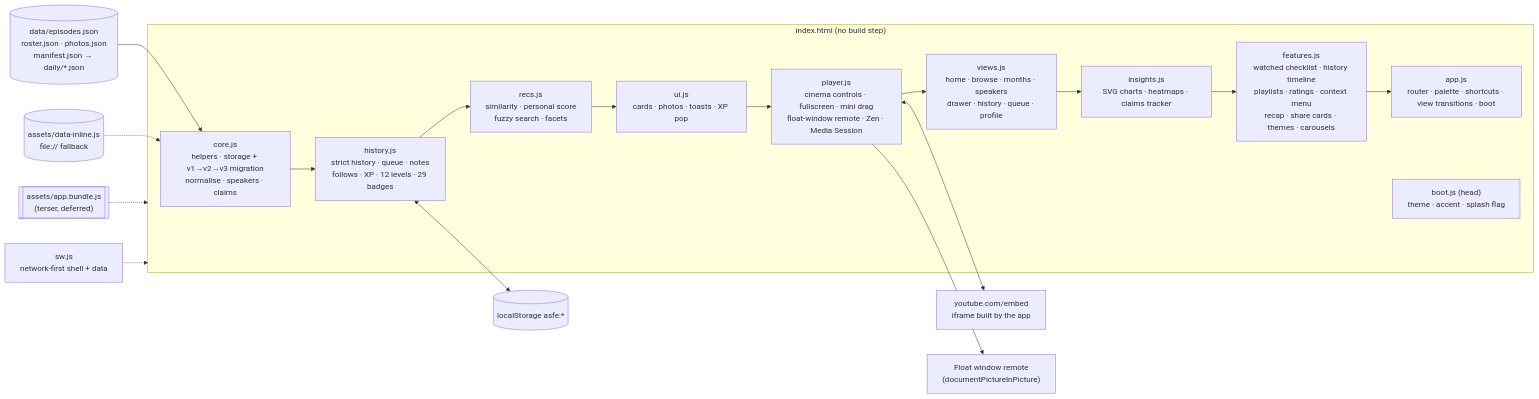
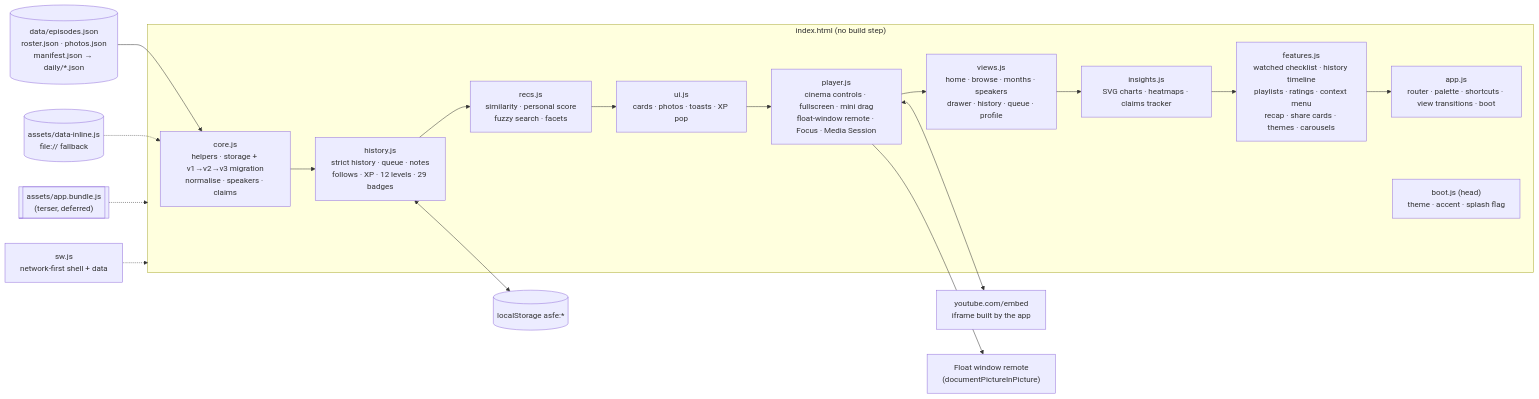
The sixth of 8 diagrams in ai-safety-full-episodes/README.md (lo3elyon/ASI), drawn with Mermaid before and after one commit. The commit also changed other lines of this file, not shown here.

````diff
--- a/ai-safety-full-episodes/README.md
+++ b/ai-safety-full-episodes/README.md
@@ -272,23 +302,23 @@
 ```mermaid
 flowchart LR
   subgraph Page["index.html (no build step)"]
     CORE["core.js<br/>helpers · storage + v1→v2→v3 migration<br/>normalise · speakers · claims"]
     HIST["history.js<br/>strict history · queue · notes<br/>follows · XP · 12 levels · 29 badges"]
     RECS["recs.js<br/>similarity · personal score<br/>fuzzy search · facets"]
     UI["ui.js<br/>cards · photos · toasts · XP pop"]
-    PLAYER["player.js<br/>cinema controls · fullscreen · mini drag<br/>float-window remote · Zen · Media Session"]
+    PLAYER["player.js<br/>cinema controls · fullscreen · mini drag<br/>float-window remote · Focus · Media Session"]
     VIEWS["views.js<br/>home · browse · months · speakers<br/>drawer · history · queue · profile"]
     INS["insights.js<br/>SVG charts · heatmaps · claims tracker"]
     FEAT["features.js<br/>watched checklist · history timeline<br/>playlists · ratings · context menu<br/>recap · share cards · themes · carousels"]
     APP["app.js<br/>router · palette · shortcuts · view transitions · boot"]
     BOOT["boot.js (head)<br/>theme · accent · splash flag"]
   end
   DATA[("data/episodes.json<br/>roster.json · photos.json<br/>manifest.json → daily/*.json")] --> CORE
   INLINE[("assets/data-inline.js<br/>file:// fallback")] -.-> CORE
   CORE --> HIST --> RECS --> UI --> PLAYER --> VIEWS --> INS --> FEAT --> APP
   BUNDLE[["assets/app.bundle.js<br/>(terser, deferred)"]] -.-> Page
   PLAYER <--> YT["youtube.com/embed<br/>iframe built by the app"]
   PLAYER --> PIP["Float window remote<br/>(documentPictureInPicture)"]
   HIST <--> LS[("localStorage asfe:*")]
   SW["sw.js<br/>network-first shell + data"] -.-> Page
 ```
````
